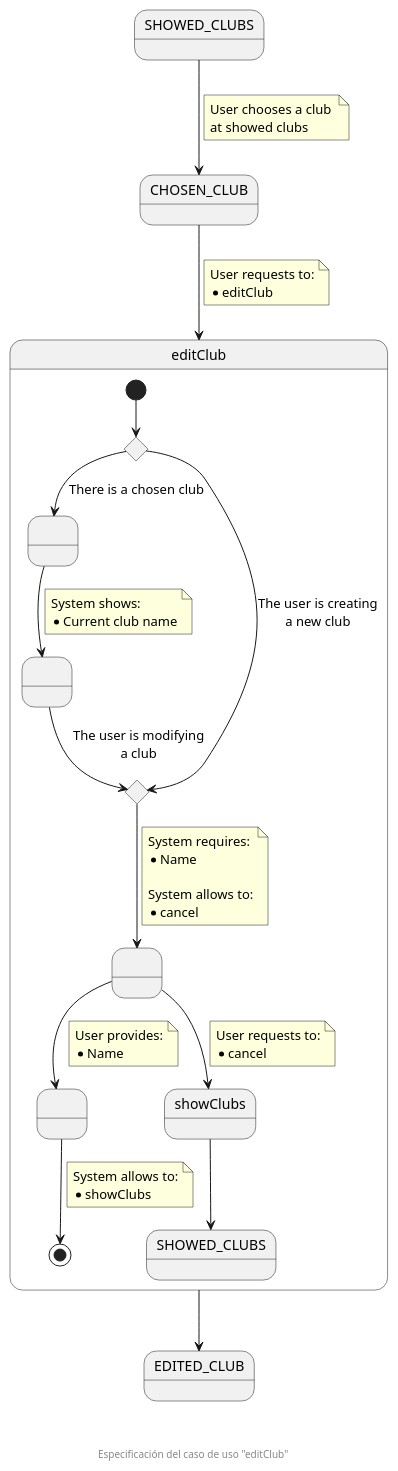
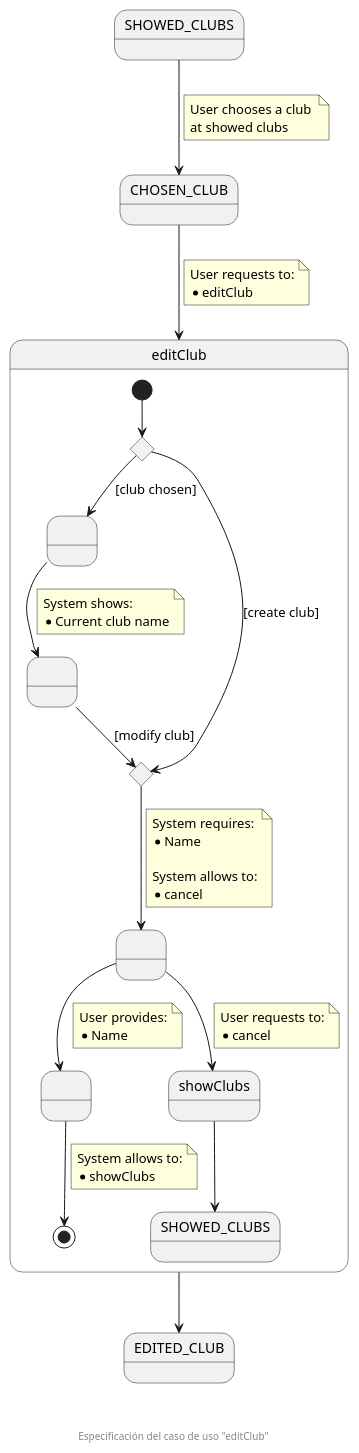
The diagram in documentation/diagrams/1_requirements/3_useCasesSpecification/organizationSecretary/06_editClub.puml (zuldare/mastercloud_pfm_halterocms), drawn with PlantUML before and after one commit. The commit also changed 5 other files, not shown here.

```diff
--- a/documentation/diagrams/1_requirements/3_useCasesSpecification/organizationSecretary/06_editClub.puml
+++ b/documentation/diagrams/1_requirements/3_useCasesSpecification/organizationSecretary/06_editClub.puml
@@ -1,64 +1,64 @@
 @startuml
 state SHOWED_CLUBS
 state CHOSEN_CLUB
 state editClub {
   state createOrModifyCHC <<choice>>
   state " " as providedClub
   state " " as showedData
   state createOrModifyCHC2 <<choice>>
   state " " as pendingData
   state " " as providedData
   [*] --> createOrModifyCHC
-  createOrModifyCHC --> providedClub : There is a chosen club
-  createOrModifyCHC --> createOrModifyCHC2 : The user is creating\na new club
+  createOrModifyCHC --> providedClub : [club chosen]
+  createOrModifyCHC --> createOrModifyCHC2 : [create club]
   providedClub --> showedData
   note on link
     System shows:
     * Current club name
   end note
-  showedData --> createOrModifyCHC2 : The user is modifying\na club
+  showedData --> createOrModifyCHC2 : [modify club]
   createOrModifyCHC2 --> pendingData
   note on link
     System requires:
     * Name
 
     System allows to:
     * cancel
   end note
   pendingData --> showClubs
   note on link
     User requests to:
     * cancel
   end note
   showClubs --> SHOWED_CLUBS_F
   pendingData --> providedData 
   note on link
     User provides:
     * Name
   end note
   providedData --> [*]
   note on link
     System allows to:
     * showClubs
   end note
 }
 state EDITED_CLUB
 state showClubs
 state "SHOWED_CLUBS" as SHOWED_CLUBS_F
 
 SHOWED_CLUBS --> CHOSEN_CLUB
 note on link
   User chooses a club 
   at showed clubs
 end note
 
 CHOSEN_CLUB --> editClub
 note on link
   User requests to:
   * editClub
 end note
 
 editClub --> EDITED_CLUB
 
 footer \n\n\n Especificación del caso de uso "editClub"
 @enduml
```
